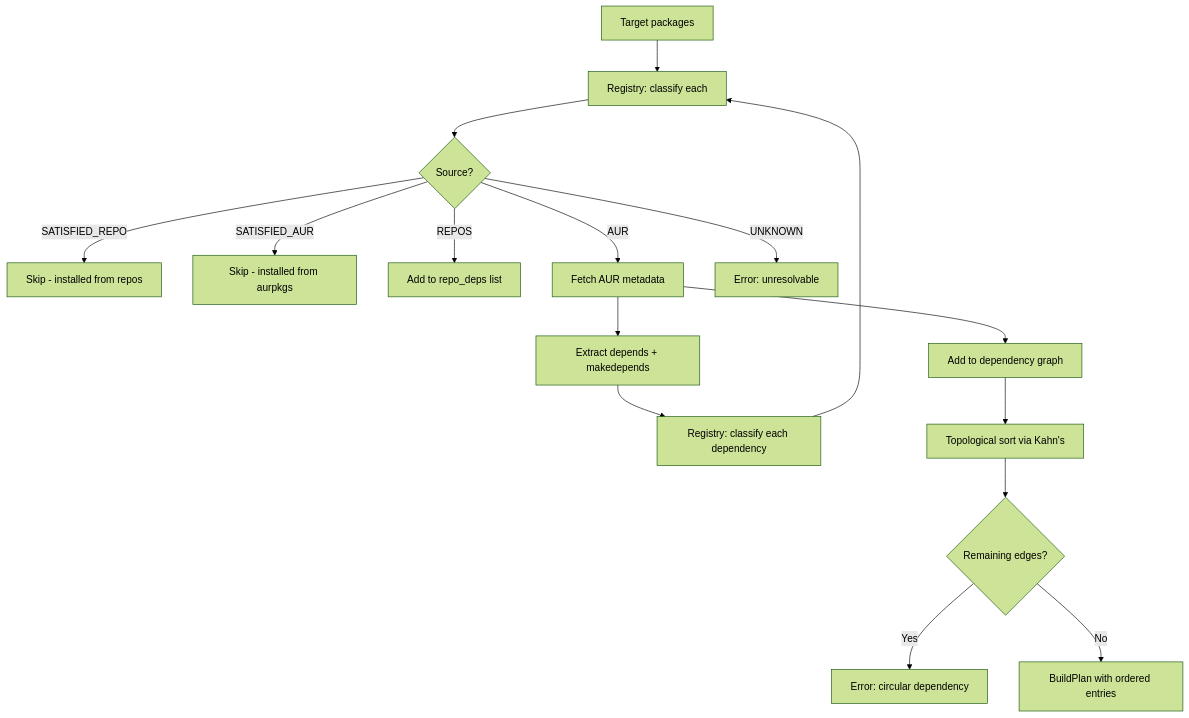
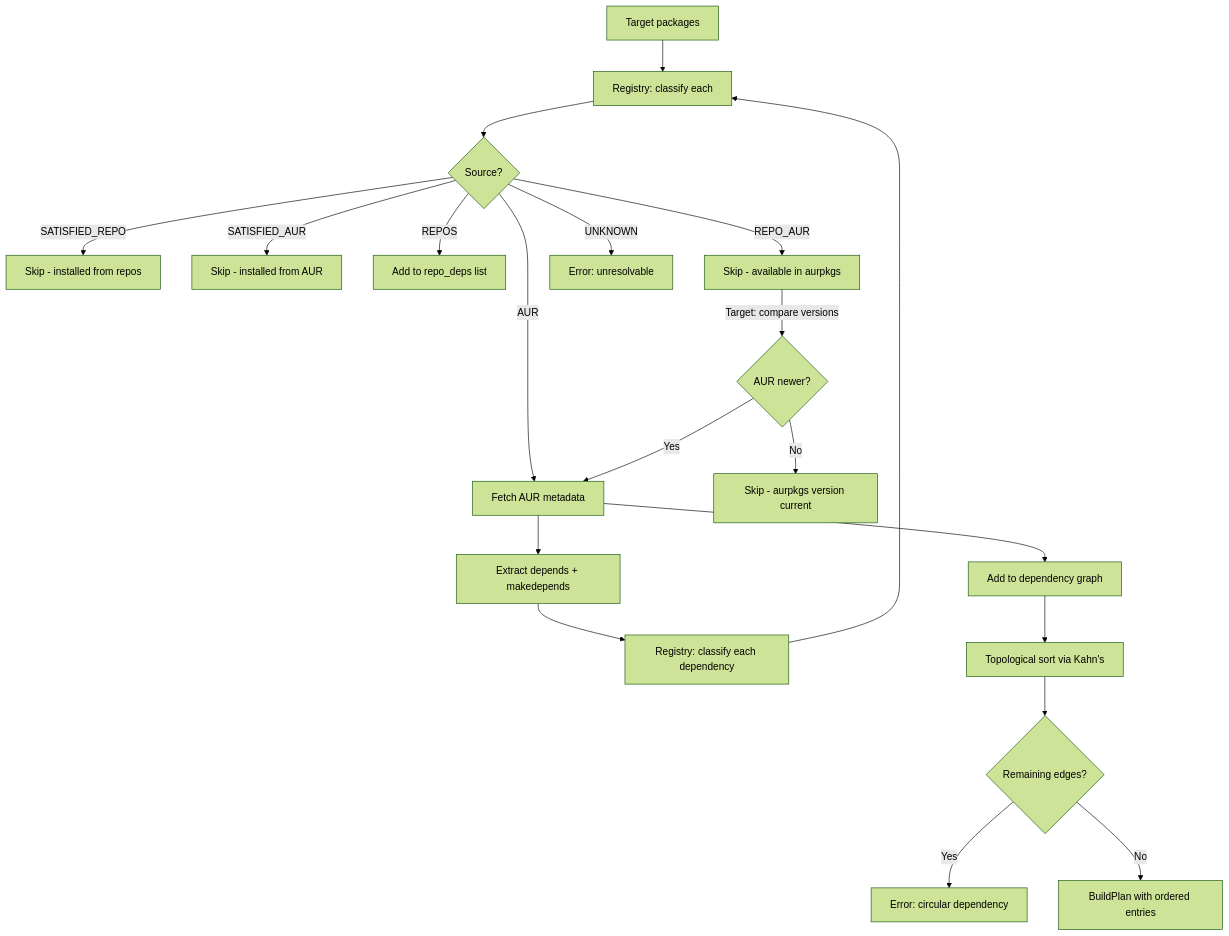
One commit to rmarquis/aurodle changed the third of 3 diagrams in docs/architecture/aurodle-aur-helper.md. Above: the diagram before and after it, drawn with Mermaid (forest theme). The commit also changed other lines of this file, not shown here.

First line of the commit message:
:memo: update architecture docs with repo_aur variant and version check flow

````diff
--- a/docs/architecture/aurodle-aur-helper.md
+++ b/docs/architecture/aurodle-aur-helper.md
@@ -572,18 +573,22 @@
 ```mermaid
 flowchart TD
     A[Target packages] --> B[Registry: classify each]
     B --> C{Source?}
     C -->|SATISFIED_REPO| D1[Skip - installed from repos]
-    C -->|SATISFIED_AUR| D2[Skip - installed from aurpkgs]
+    C -->|SATISFIED_AUR| D2[Skip - installed from AUR]
     C -->|REPOS| E[Add to repo_deps list]
+    C -->|REPO_AUR| R[Skip - available in aurpkgs]
     C -->|AUR| F[Fetch AUR metadata]
     C -->|UNKNOWN| G[Error: unresolvable]
     F --> H[Extract depends + makedepends]
     H --> I[Registry: classify each dependency]
     I --> B
     F --> J[Add to dependency graph]
+    R -->|Target: compare versions| V{AUR newer?}
+    V -->|Yes| F
+    V -->|No| D2b[Skip - aurpkgs version current]
     J --> K[Topological sort via Kahn's]
     K --> L{Remaining edges?}
     L -->|Yes| M[Error: circular dependency]
     L -->|No| N[BuildPlan with ordered entries]
 ```
````
